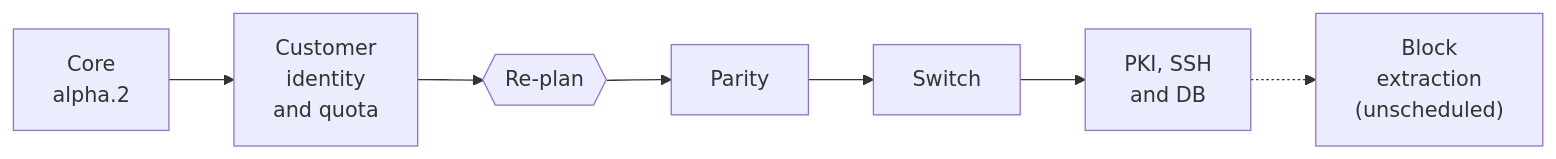
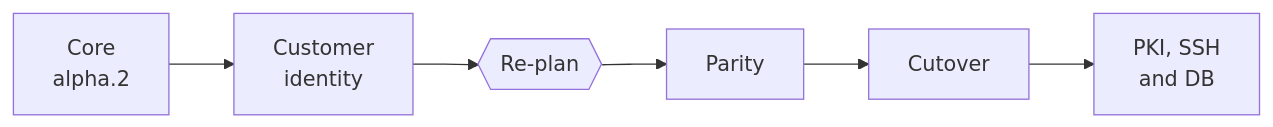
One commit to truvity/sluis changed the diagram in docs/contributing/design.md. Above: the diagram before and after it, drawn with Mermaid. The commit also changed other lines of this file and 154 other files, not shown here.

````diff
--- a/docs/contributing/design.md
+++ b/docs/contributing/design.md
@@ -86,9 +81,8 @@
 ```mermaid
 flowchart LR
-  core["Core<br/>alpha.2"] --> ci["Customer<br/>identity<br/>and quota"]
+  core["Core<br/>alpha.2"] --> ci["Customer<br/>identity"]
   ci --> replan{{"Re-plan"}}
   replan --> parity["Parity"]
-  parity --> switch["Switch"]
-  switch --> pki["PKI, SSH<br/>and DB"]
-  pki -.-> ext["Block<br/>extraction<br/>(unscheduled)"]
+  parity --> cutover["Cutover"]
+  cutover --> addons["PKI, SSH<br/>and DB"]
 ```
````
